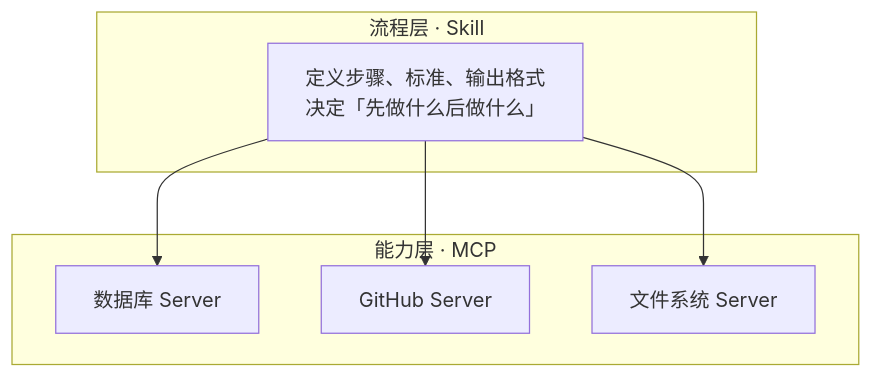
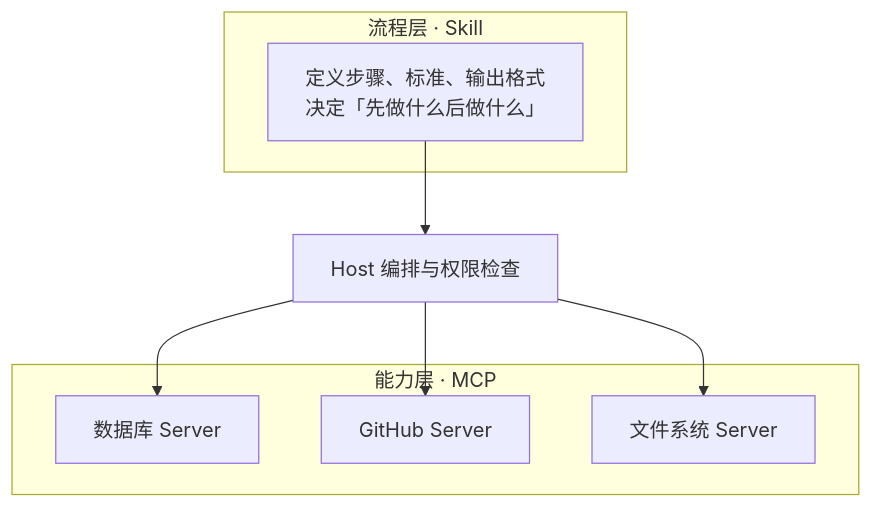
One commit to oneleaveknowsthefall/awesome-ai-roadmap changed the fourth of 4 diagrams in docs/tools/03-skills/09-skill-vs-mcp.md. Above: the diagram before and after it, drawn with Mermaid. The commit also changed other lines of this file and 50 other files, not shown here.

````diff
--- a/docs/tools/03-skills/09-skill-vs-mcp.md
+++ b/docs/tools/03-skills/09-skill-vs-mcp.md
@@ -126,16 +131,17 @@
 ```mermaid
 flowchart TB
     subgraph LAYER1["流程层 · Skill"]
         SK["定义步骤、标准、输出格式<br/>决定「先做什么后做什么」"]
     end
 
     subgraph LAYER2["能力层 · MCP"]
         T1[数据库 Server]
         T2[GitHub Server]
         T3[文件系统 Server]
     end
 
-    SK --> T1
-    SK --> T2
-    SK --> T3
+    SK --> H["Host 编排与权限检查"]
+    H --> T1
+    H --> T2
+    H --> T3
 ```
````
